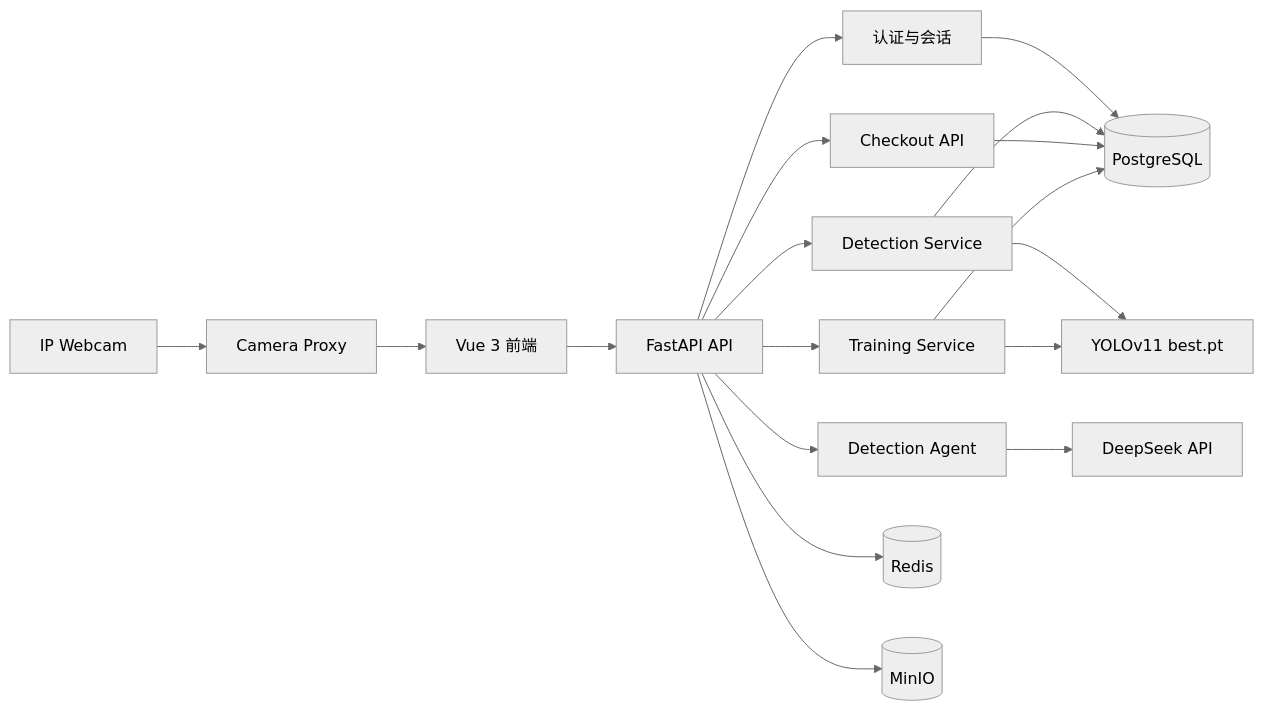
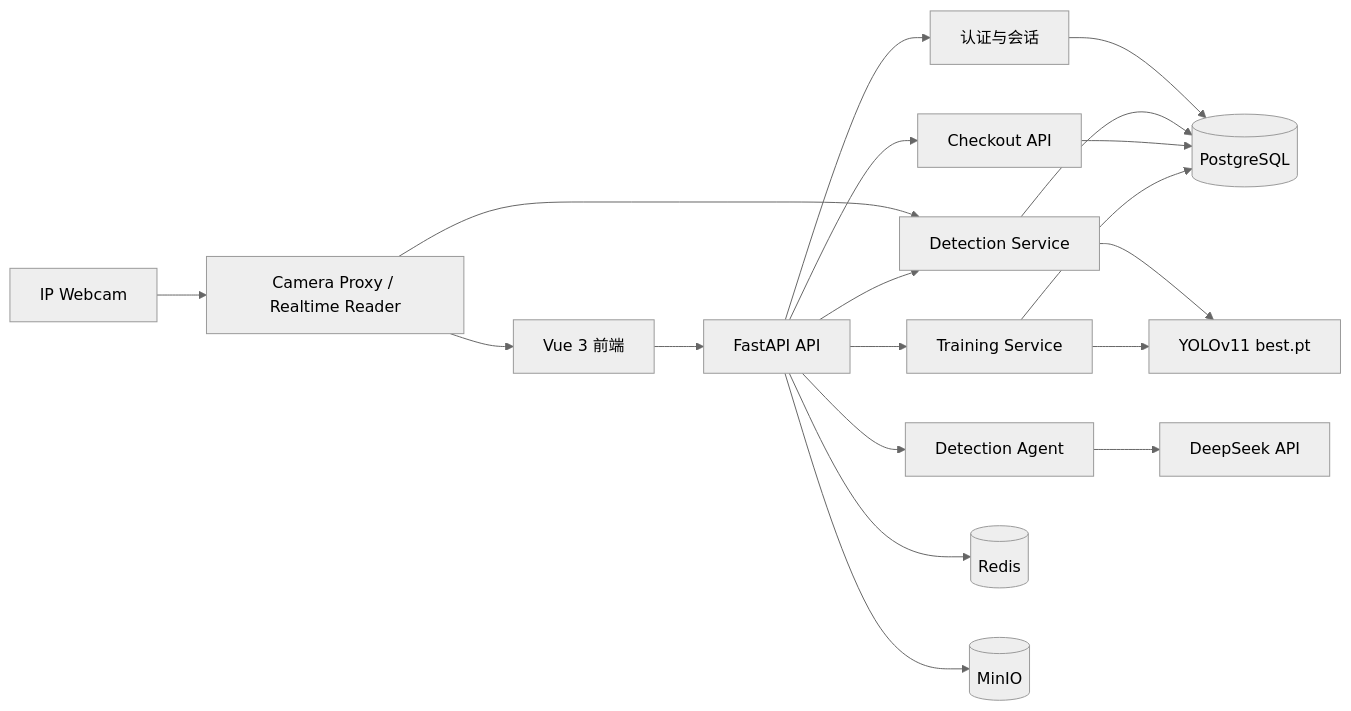
One commit to Azar233/VisionPay-Agent changed the first of 2 diagrams in README.md. Above: the diagram before and after it, drawn with Mermaid (neutral theme). The commit also changed other lines of this file and 16 other files, not shown here.

````diff
--- a/README.md
+++ b/README.md
@@ -62,20 +62,21 @@
 ```mermaid
 flowchart LR
     Browser["Vue 3 前端"] --> API["FastAPI API"]
-    Phone["IP Webcam"] --> Camera["Camera Proxy"]
+    Phone["IP Webcam"] --> Camera["Camera Proxy / Realtime Reader"]
     Camera --> Browser
+    Camera --> Detection
     API --> Auth["认证与会话"]
     API --> Detection["Detection Service"]
     API --> Training["Training Service"]
     API --> Checkout["Checkout API"]
     API --> Agent["Detection Agent"]
     Detection --> YOLO["YOLOv11 best.pt"]
     Training --> YOLO
     Agent --> DeepSeek["DeepSeek API"]
     Auth --> PostgreSQL[(PostgreSQL)]
     Detection --> PostgreSQL
     Checkout --> PostgreSQL
     Training --> PostgreSQL
     API --> Redis[(Redis)]
     API --> MinIO[(MinIO)]
 ```
````
